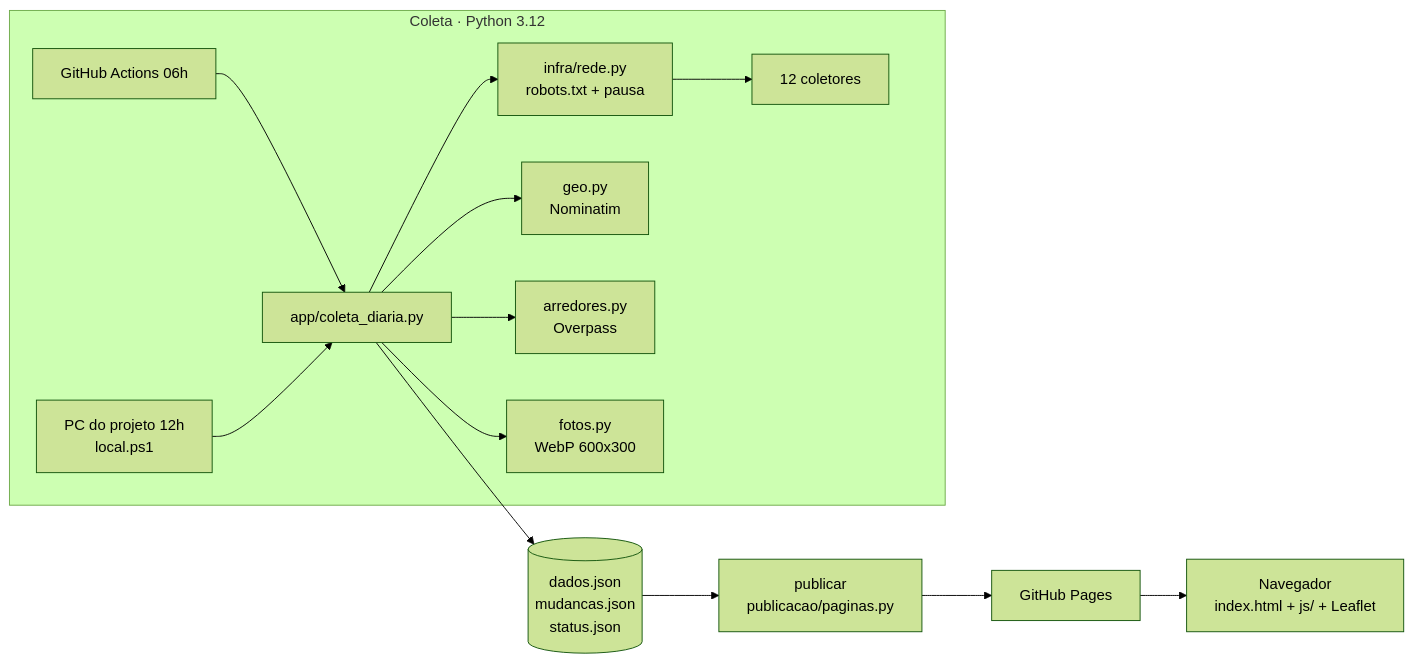
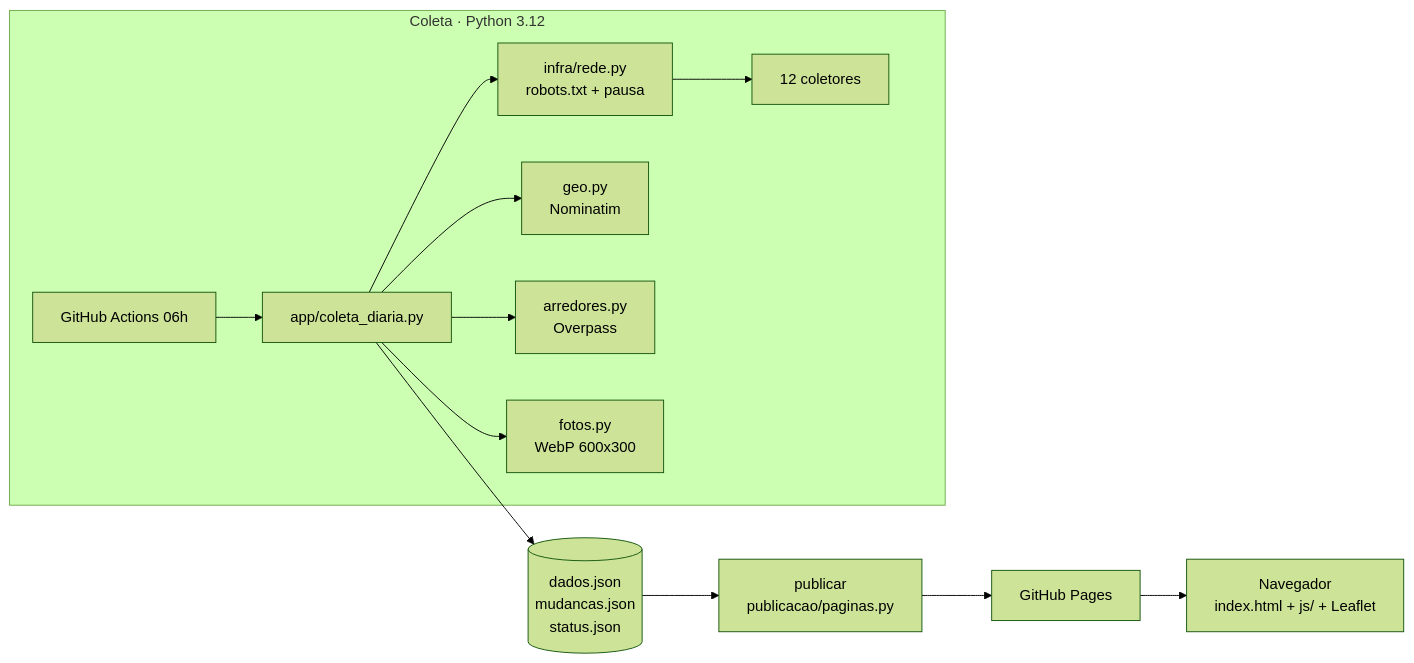
The diagram in docs/TRD.md (yH3rcul3Sy/naplanta), drawn with Mermaid (forest theme) before and after one commit. The commit also changed other lines of this file and 6 other files, not shown here.

````diff
--- a/docs/TRD.md
+++ b/docs/TRD.md
@@ -9,16 +9,15 @@
 ```mermaid
 flowchart LR
     subgraph Coleta [Coleta · Python 3.12]
       A[GitHub Actions 06h] --> C[app/coleta_diaria.py]
-      L[PC do projeto 12h<br>local.ps1] --> C
       C --> R[infra/rede.py<br>robots.txt + pausa]
       R --> F[12 coletores]
       C --> G[geo.py<br>Nominatim]
       C --> AR[arredores.py<br>Overpass]
       C --> FO[fotos.py<br>WebP 600x300]
     end
     C --> J[(dados.json<br>mudancas.json<br>status.json)]
     J --> P[publicar<br>publicacao/paginas.py]
     P --> GH[GitHub Pages]
     GH --> U[Navegador<br>index.html + js/ + Leaflet]
 ```
````
